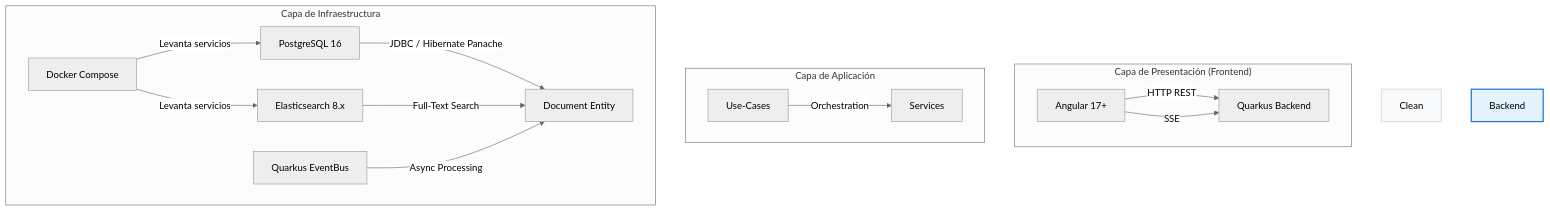
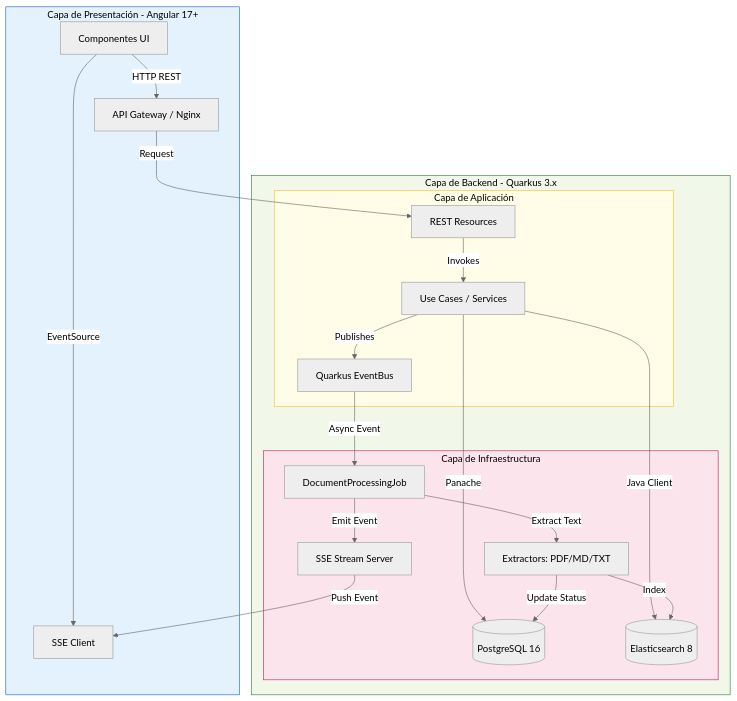
The first of 2 diagrams in docs/architecture.md (rcardenasv/VisorDocsKATA), drawn with Mermaid (neutral theme) before and after one commit. The commit also changed other lines of this file and 9 other files, not shown here.

````diff
--- a/docs/architecture.md
+++ b/docs/architecture.md
@@ -23,21 +23,34 @@
 ```mermaid
 graph TD
-    subgraph "Capa de Presentación (Frontend)"
-        A[Angular 17+] -->|HTTP REST| B[Quarkus Backend]
-        A -->|SSE| B
+    subgraph FE [Capa de Presentación - Angular 17+]
+        UI[Componentes UI] -->|HTTP REST| API_GW[API Gateway / Nginx]
+        UI -->|EventSource| SSE_C[SSE Client]
     end
 
-    subgraph "Capa de Aplicación"
-        C[Use-Cases] -->|Orchestration| D[Services]
+    subgraph BE [Capa de Backend - Quarkus 3.x]
+        API_GW -->|Request| REST[REST Resources]
+        
+        subgraph APP [Capa de Aplicación]
+            REST -->|Invokes| UC[Use Cases / Services]
+            UC -->|Publishes| EB[Quarkus EventBus]
+        end
+
+        subgraph INF [Capa de Infraestructura]
+            UC -->|Panache| PG[(PostgreSQL 16)]
+            UC -->|Java Client| ES[(Elasticsearch 8)]
+            
+            EB -->|Async Event| JOB[DocumentProcessingJob]
+            JOB -->|Extract Text| EXT[Extractors: PDF/MD/TXT]
+            EXT -->|Index| ES
+            EXT -->|Update Status| PG
+            JOB -->|Emit Event| SSE_S[SSE Stream Server]
+        end
     end
 
-    subgraph "Capa de Infraestructura"
-        E[PostgreSQL 16] -->|JDBC / Hibernate Panache| F[Document Entity]
-        G[Elasticsearch 8.x] -->|Full-Text Search| F
-        H[Quarkus EventBus] -->|Async Processing| F
-        I[Docker Compose] -->|Levanta servicios| E & G
-    end
-
-    style Clean fill:#f8f9fa,stroke:#dee2e6,stroke-width:2px
-    style Backend fill:#e3f2fd,stroke:#1976d2,stroke-width:2px
+    SSE_S -->|Push Event| SSE_C
+    
+    style FE fill:#e3f2fd,stroke:#1565c0,color:#000
+    style BE fill:#f1f8e9,stroke:#2e7d32,color:#000
+    style APP fill:#fffde7,stroke:#fbc02d,color:#000
+    style INF fill:#fce4ec,stroke:#c2185b,color:#000
 ```
````
